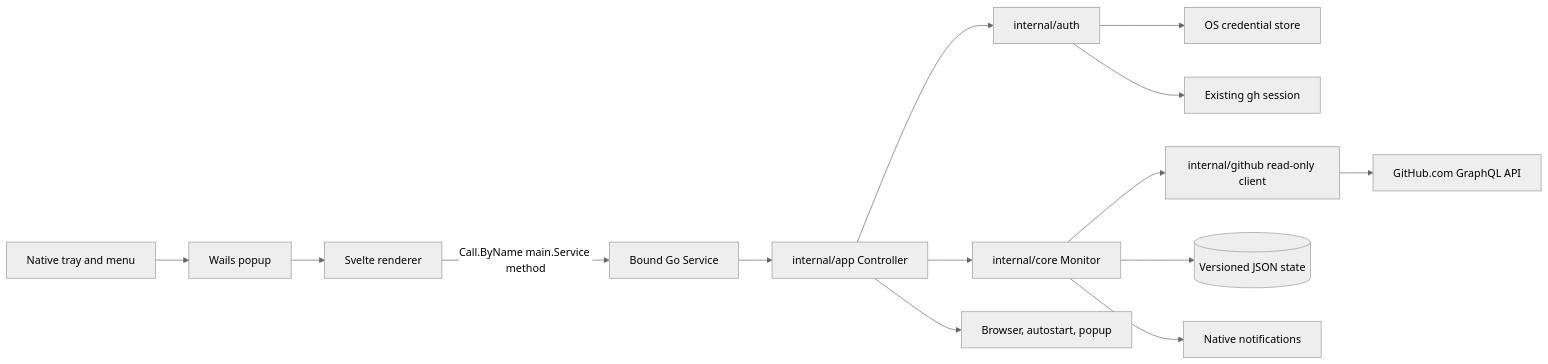
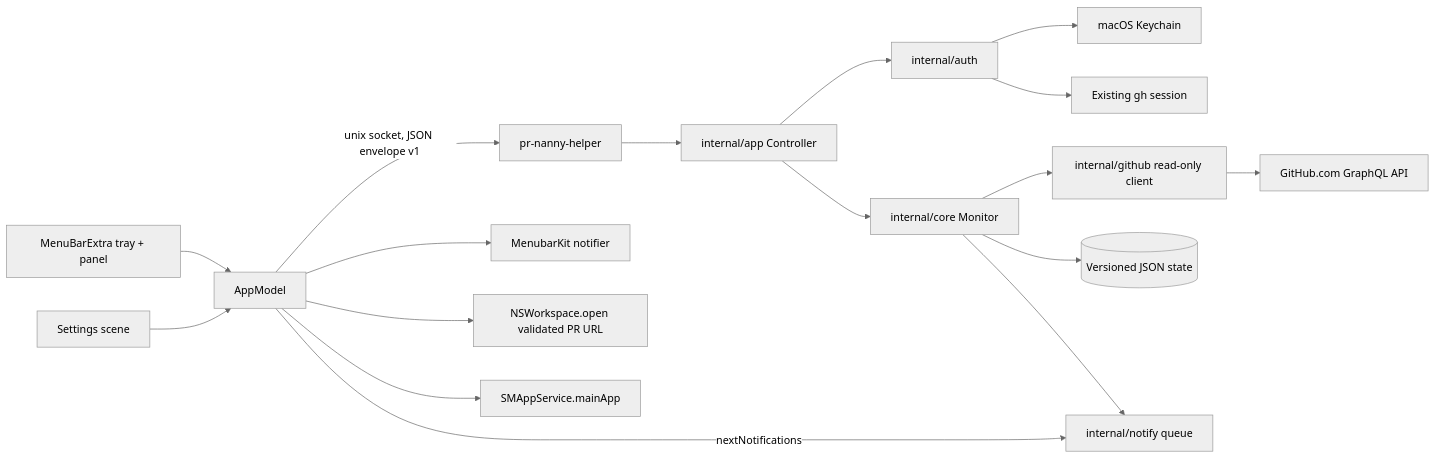
One commit to alexcatdad/pr-nanny changed the diagram in ARCHITECTURE.md. Above: the diagram before and after it, drawn with Mermaid (neutral theme). The commit also changed other lines of this file and 104 other files, not shown here.

First line of the commit message:
feat!: native Swift menu-bar app replaces Wails + Svelte (#40)

````diff
--- a/ARCHITECTURE.md
+++ b/ARCHITECTURE.md
@@ -19,16 +19,19 @@
 ```mermaid
 flowchart LR
-  Tray[Native tray and menu] --> Popup[Wails popup]
-  Popup --> UI[Svelte renderer]
-  UI -->|Call.ByName main.Service method| Service[Bound Go Service]
-  Service --> App[internal/app Controller]
+  Tray[MenuBarExtra tray + panel] --> Model[AppModel]
+  Settings[Settings scene] --> Model
+  Model -->|unix socket, JSON envelope v1| Helper[pr-nanny-helper]
+  Helper --> App[internal/app Controller]
   App --> Auth[internal/auth]
-  Auth --> Vault[OS credential store]
+  Auth --> Vault[macOS Keychain]
   Auth --> GHCLI[Existing gh session]
   App --> Core[internal/core Monitor]
   Core --> API[internal/github read-only client]
   API --> GitHub[GitHub.com GraphQL API]
   Core --> State[(Versioned JSON state)]
-  Core --> Notify[Native notifications]
-  App --> Native[Browser, autostart, popup]
+  Core --> Queue[internal/notify queue]
+  Model -->|nextNotifications| Queue
+  Model --> Notifier[MenubarKit notifier]
+  Model --> Browser[NSWorkspace.open validated PR URL]
+  Model --> Login[SMAppService.mainApp]
 ```
````
